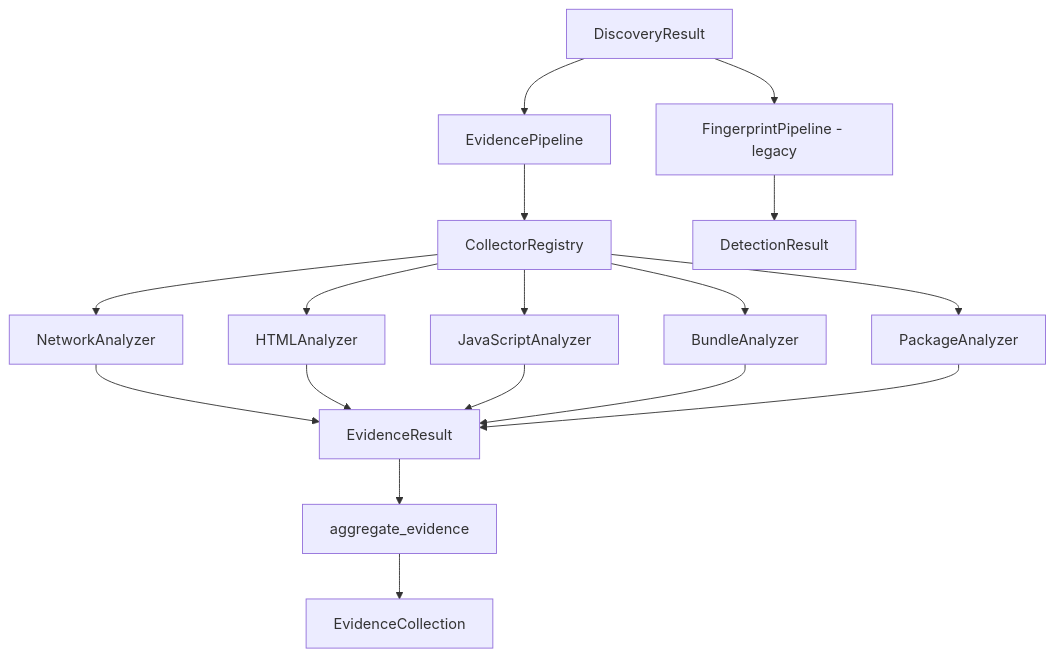
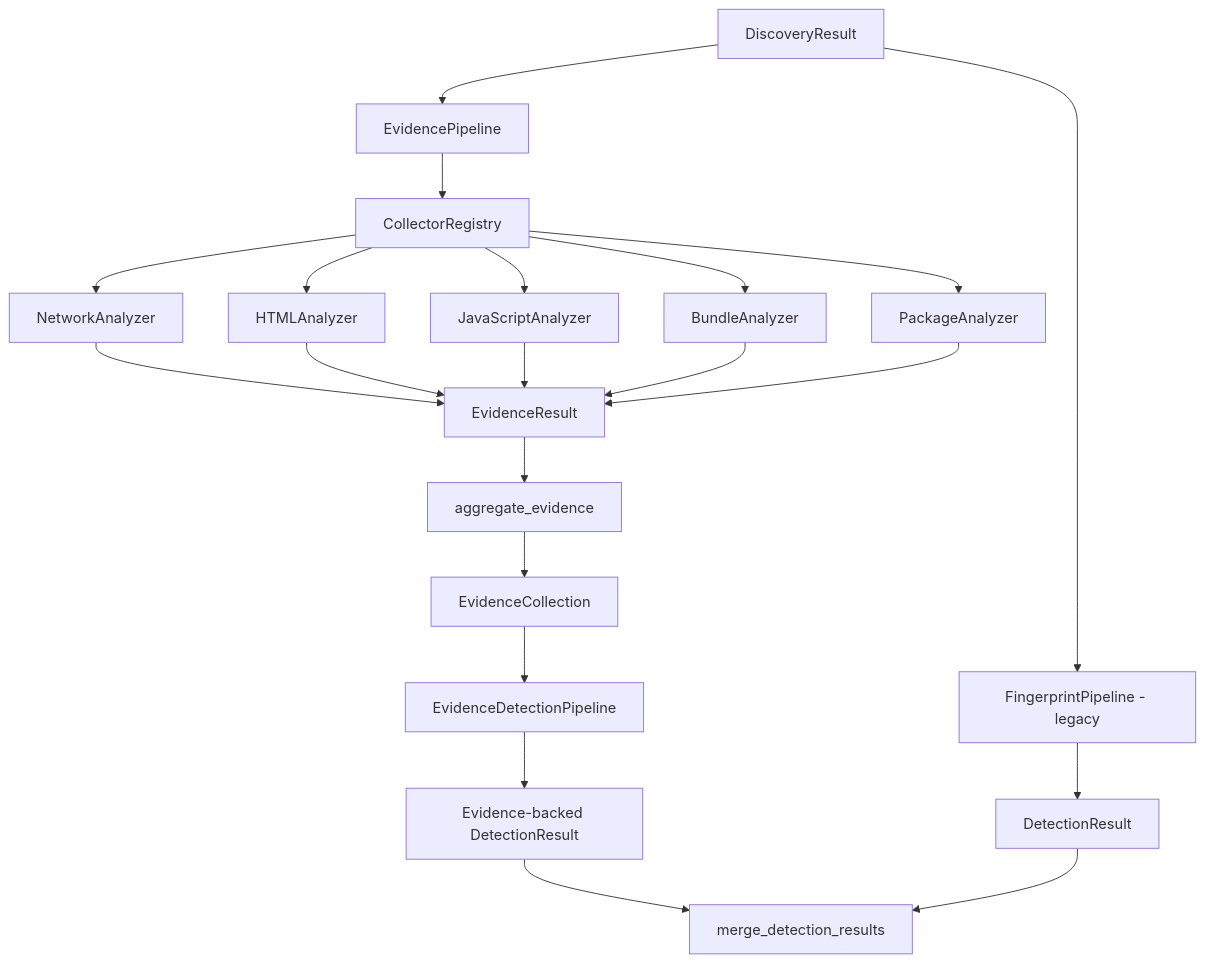
The diagram in docs/FINGERPRINTING_EVIDENCE.md (Amirbarkhordari/TechSpecter), drawn with Mermaid before and after one commit. The commit also changed other lines of this file and 11 other files, not shown here.

````diff
--- a/docs/FINGERPRINTING_EVIDENCE.md
+++ b/docs/FINGERPRINTING_EVIDENCE.md
@@ -27,20 +42,25 @@
 ```mermaid
 flowchart TD
     DR[DiscoveryResult] --> EP[EvidencePipeline]
     EP --> R[CollectorRegistry]
     R --> C1[NetworkAnalyzer]
     R --> C2[HTMLAnalyzer]
     R --> C3[JavaScriptAnalyzer]
     R --> C4[BundleAnalyzer]
     R --> C5[PackageAnalyzer]
     C1 --> ER[EvidenceResult]
     C2 --> ER
     C3 --> ER
     C4 --> ER
     C5 --> ER
     ER --> AGG[aggregate_evidence]
     AGG --> EC[EvidenceCollection]
 
     DR --> LP[FingerprintPipeline - legacy]
     LP --> DET[DetectionResult]
+
+    EC --> EDP[EvidenceDetectionPipeline]
+    EDP --> DET2[Evidence-backed DetectionResult]
+    DET2 --> MERGE[merge_detection_results]
+    DET --> MERGE
 ```
````
